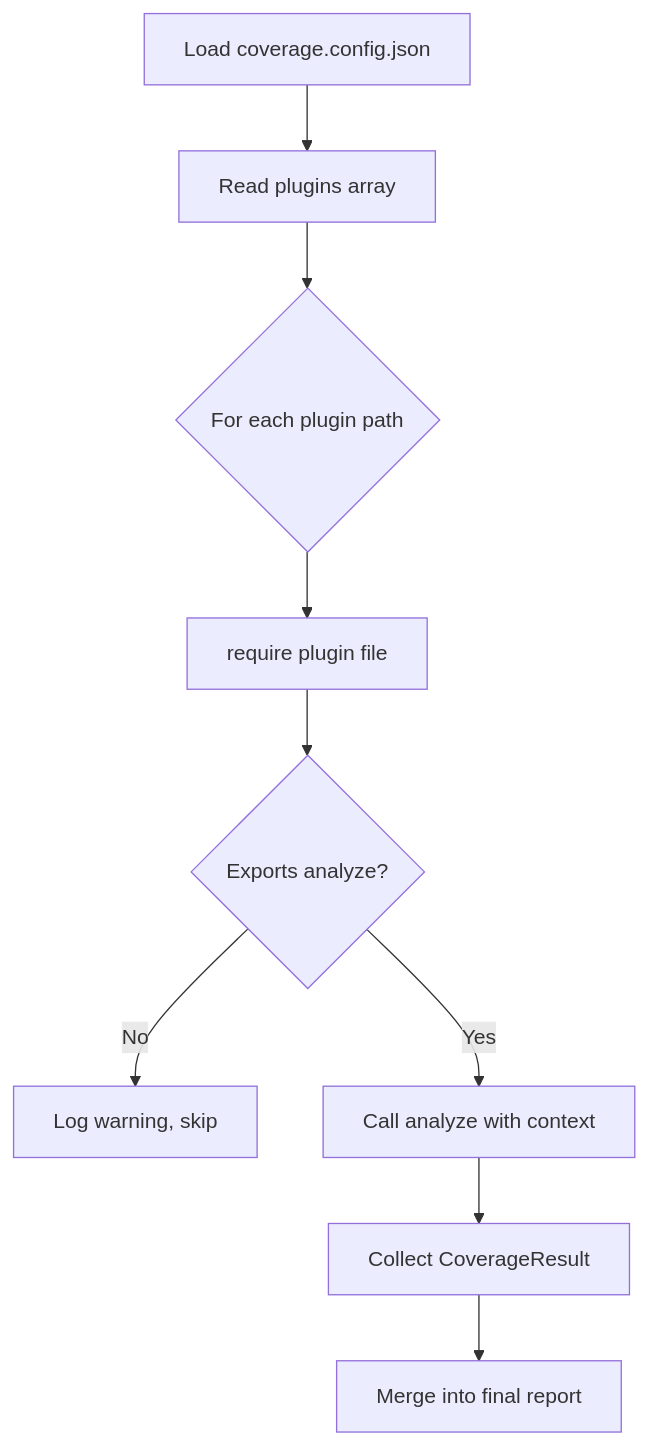
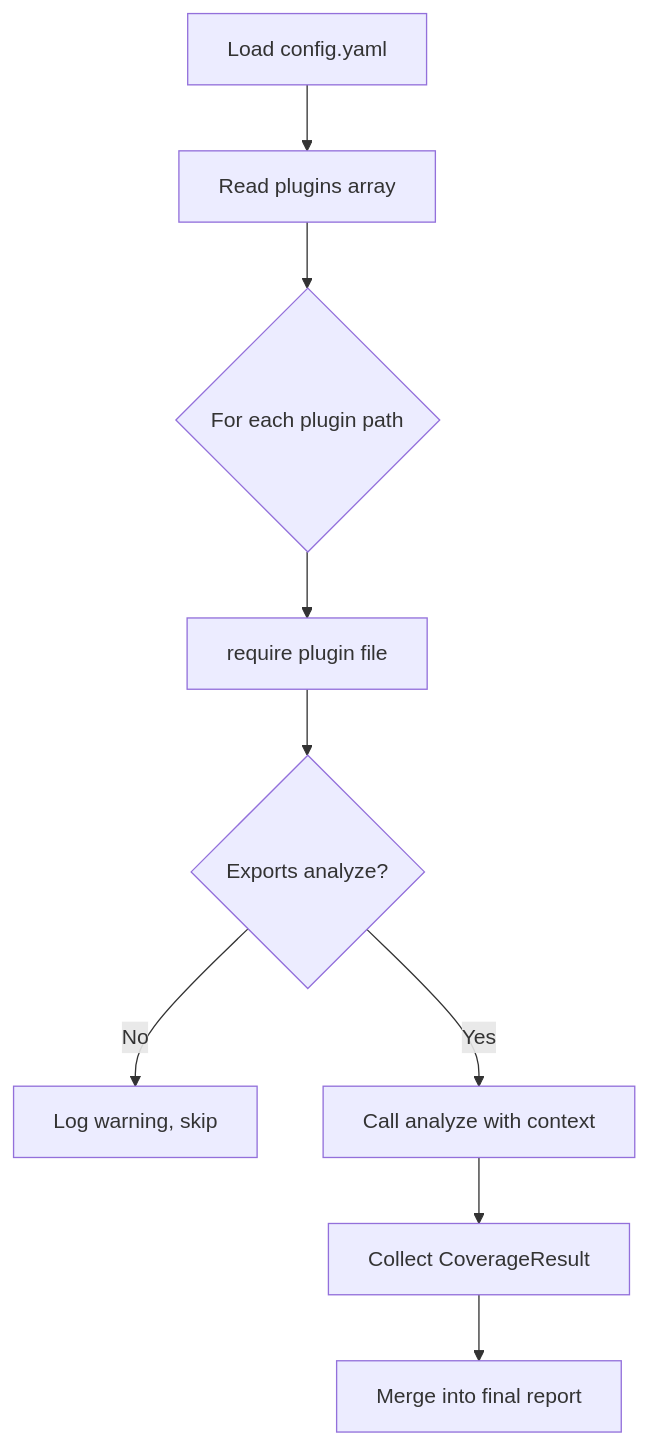
One commit to skaliber/apiTestsCoverageAnalyzer changed the diagram in docs/guide/plugins.md. Above: the diagram before and after it, drawn with Mermaid. The commit also changed other lines of this file and 47 other files, not shown here.

First line of the commit message:
feat: central config.yaml as single source of truth (spec 18)

````diff
--- a/docs/guide/plugins.md
+++ b/docs/guide/plugins.md
@@ -103,11 +103,11 @@
 ```mermaid
 flowchart TD
-    A[Load coverage.config.json] --> B[Read plugins array]
+    A[Load config.yaml] --> B[Read plugins array]
     B --> C{For each plugin path}
     C --> D[require plugin file]
     D --> E{Exports analyze?}
     E -- No --> F[Log warning, skip]
     E -- Yes --> G[Call analyze with context]
     G --> H[Collect CoverageResult]
     H --> I[Merge into final report]
 ```
````
